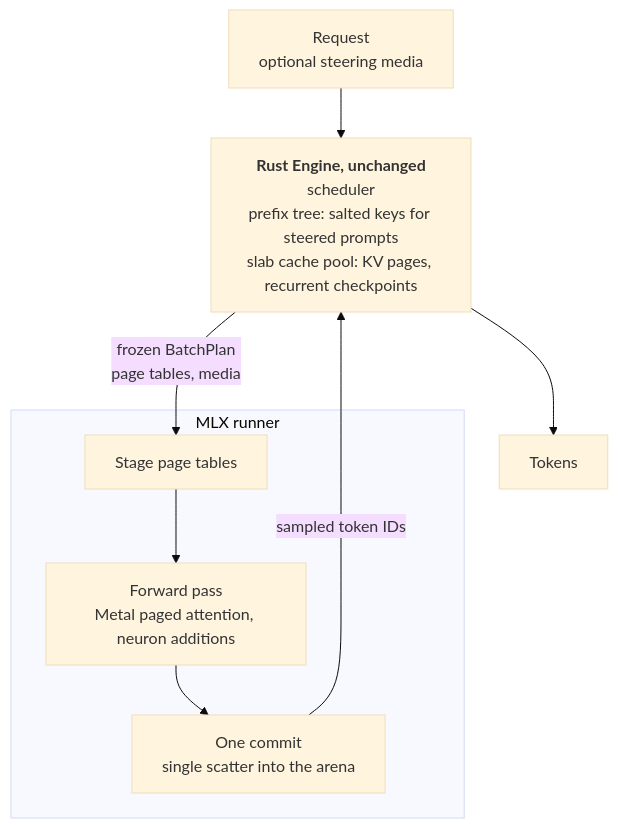
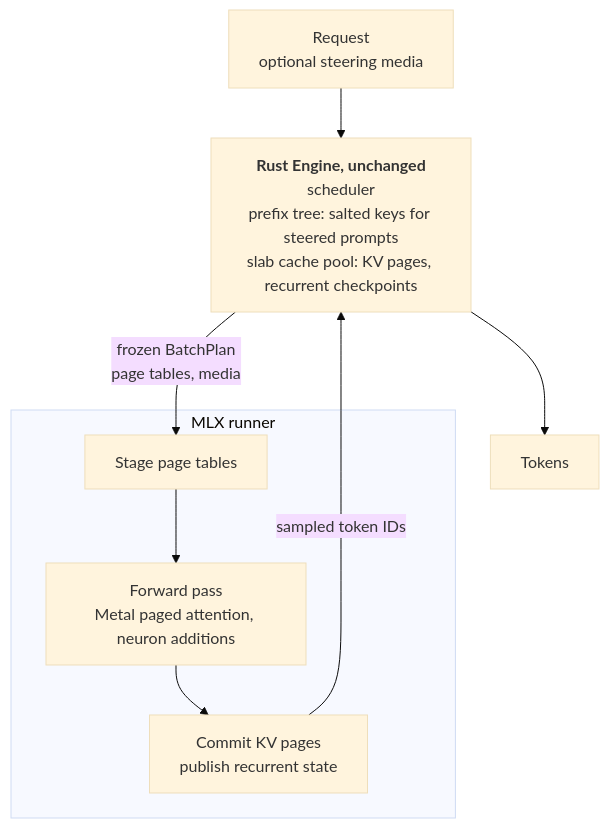
Before and after one commit to nategriffin26/mlx-resin: the diagram in README.md, drawn with Mermaid (base theme). The commit also changed other lines of this file and 29 other files, not shown here.

````diff
--- a/README.md
+++ b/README.md
@@ -64,12 +64,12 @@
 ```mermaid
 flowchart TB
     request["Request<br/>optional steering media"] --> engine
     engine["<b>Rust Engine, unchanged</b><br/>scheduler<br/>prefix tree: salted keys for steered prompts<br/>slab cache pool: KV pages, recurrent checkpoints"]
     engine -- "frozen BatchPlan<br/>page tables, media" --> stage
     subgraph runner["MLX runner"]
         stage["Stage page tables"] --> forward["Forward pass<br/>Metal paged attention, neuron additions"]
-        forward --> commit["One commit<br/>single scatter into the arena"]
+        forward --> commit["Commit KV pages<br/>publish recurrent state"]
     end
     commit -- "sampled token IDs" --> engine
     engine --> tokens["Tokens"]
 ```
````
